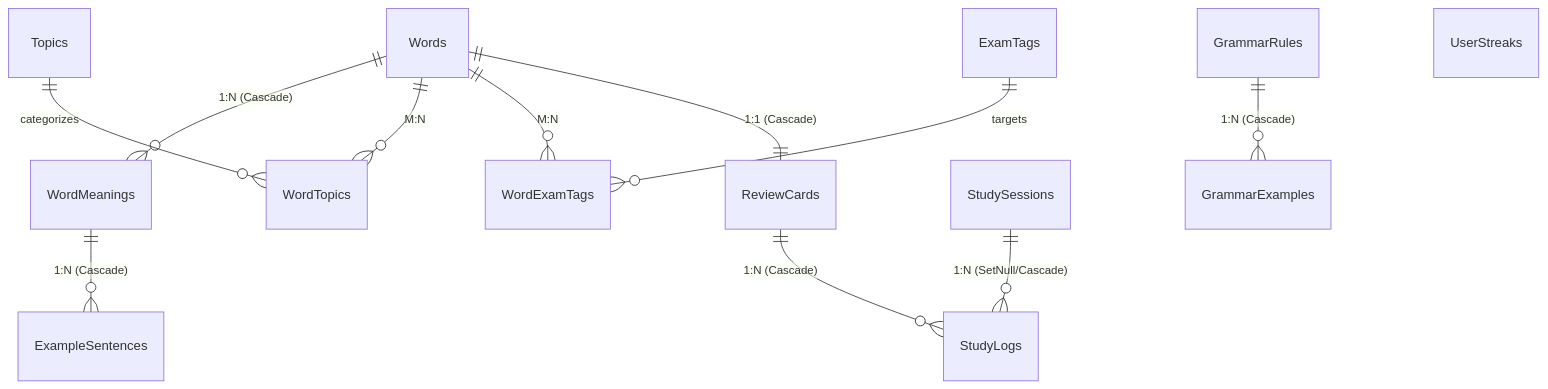
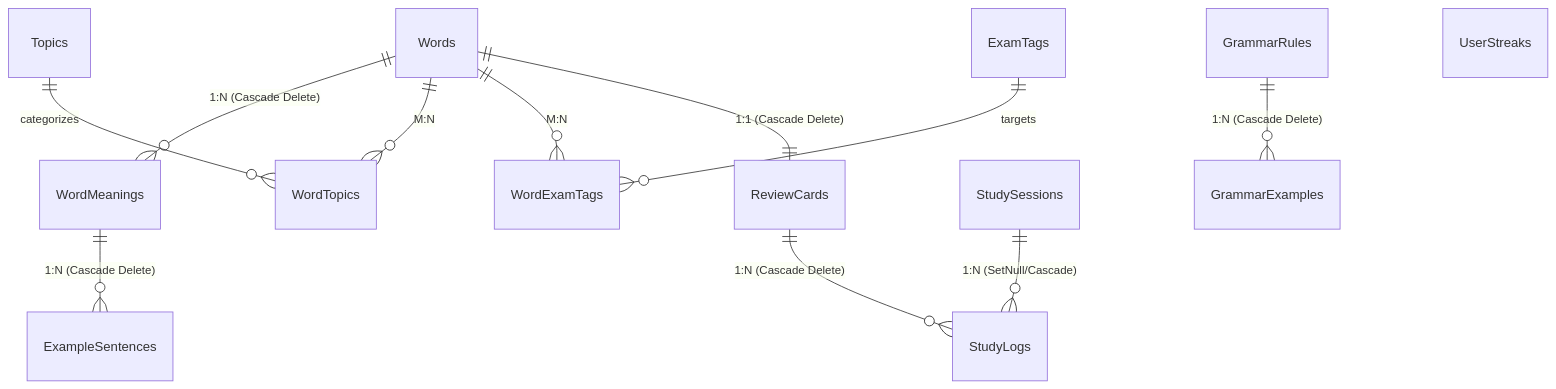
One commit to Nguyen-Trung-Tien/Lexora changed the diagram in docs/database_schema.md. Above: the diagram before and after it, drawn with Mermaid. The commit also changed other lines of this file and 19 other files, not shown here.

Commit message:
docs: add comprehensive project documentation and modular architectural rules

````diff
--- a/docs/database_schema.md
+++ b/docs/database_schema.md
@@ -18,14 +25,14 @@
 ```mermaid
 erDiagram
-    Words ||--o{ WordMeanings : "1:N (Cascade)"
-    WordMeanings ||--o{ ExampleSentences : "1:N (Cascade)"
+    Words ||--o{ WordMeanings : "1:N (Cascade Delete)"
+    WordMeanings ||--o{ ExampleSentences : "1:N (Cascade Delete)"
     Words ||--o{ WordTopics : "M:N"
     Topics ||--o{ WordTopics : "categorizes"
     Words ||--o{ WordExamTags : "M:N"
     ExamTags ||--o{ WordExamTags : "targets"
-    Words ||--|| ReviewCards : "1:1 (Cascade)"
-    ReviewCards ||--o{ StudyLogs : "1:N (Cascade)"
+    Words ||--|| ReviewCards : "1:1 (Cascade Delete)"
+    ReviewCards ||--o{ StudyLogs : "1:N (Cascade Delete)"
     StudySessions ||--o{ StudyLogs : "1:N (SetNull/Cascade)"
-    GrammarRules ||--o{ GrammarExamples : "1:N (Cascade)"
+    GrammarRules ||--o{ GrammarExamples : "1:N (Cascade Delete)"
     UserStreaks
 ```
````
